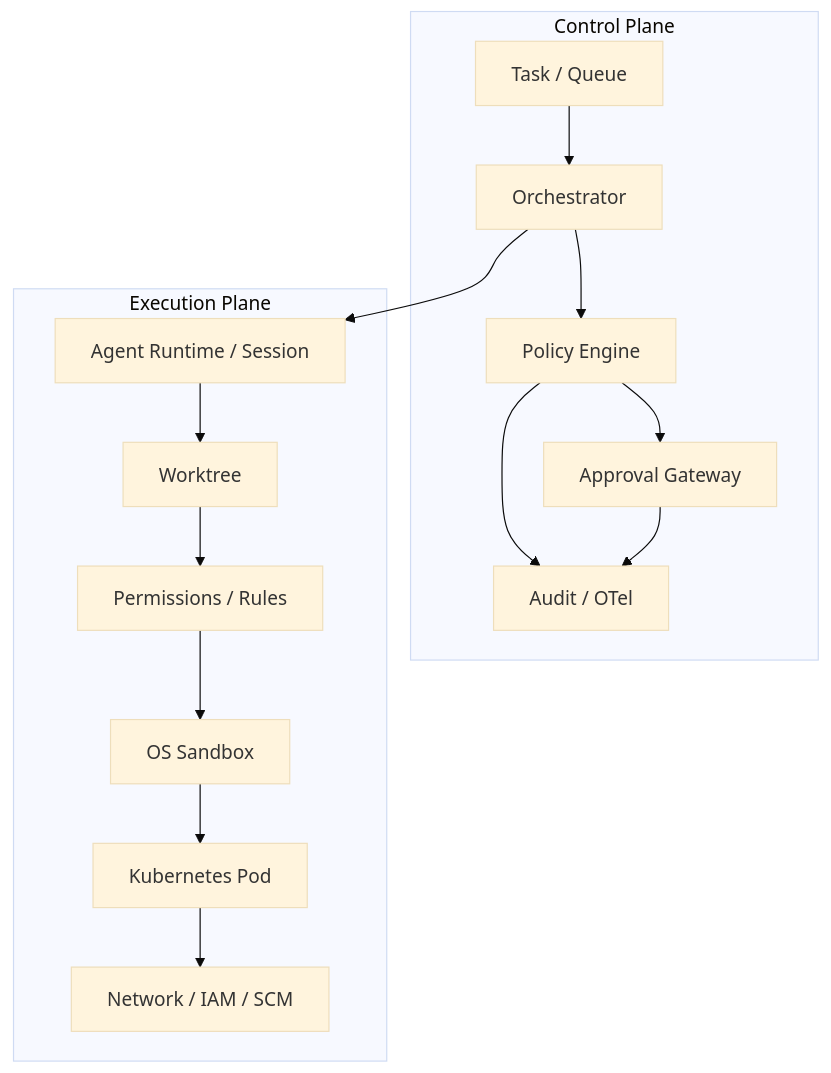
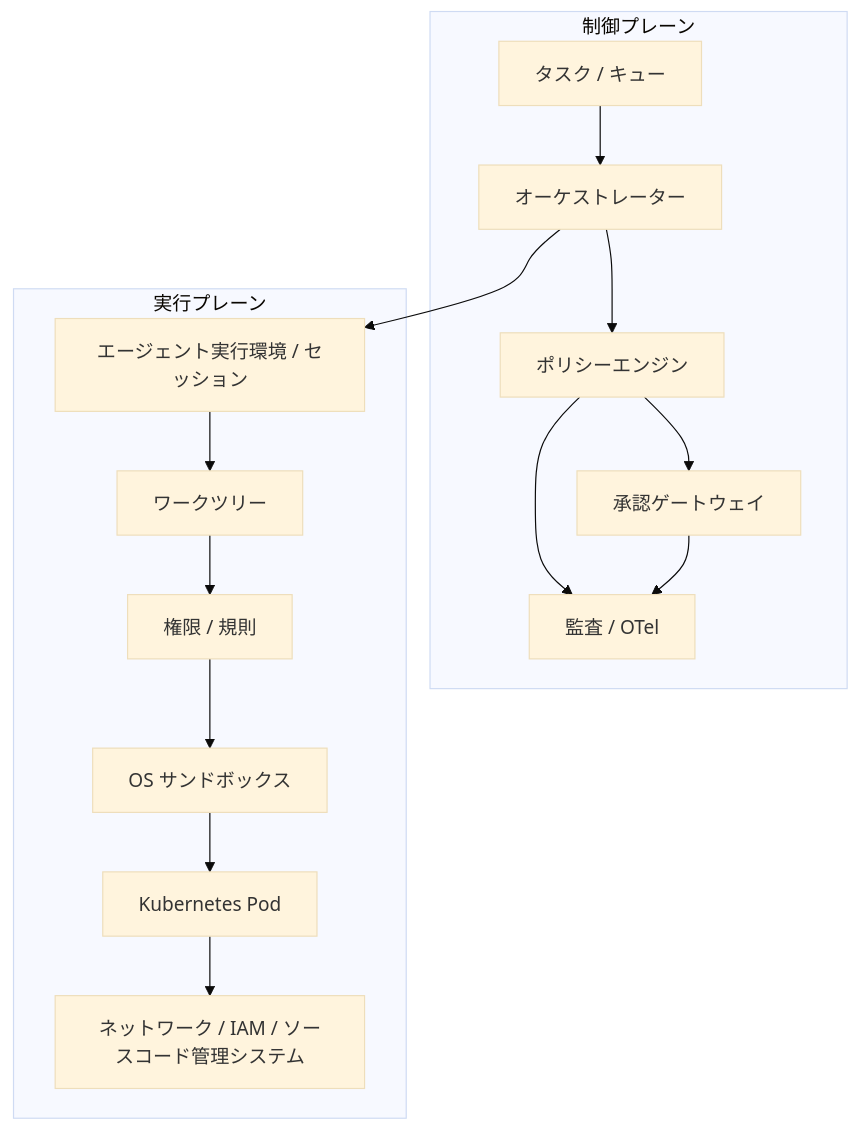
The first of 3 diagrams in docs/ja/01-architecture.md (tomo-chan/agent-harness), drawn with Mermaid (base theme) before and after one commit. The commit also changed other lines of this file and 10 other files, not shown here.

````diff
--- a/docs/ja/01-architecture.md
+++ b/docs/ja/01-architecture.md
@@ -13,20 +13,20 @@
 ```mermaid
 flowchart TB
-    subgraph CP[Control Plane]
-        T[Task / Queue] --> O[Orchestrator]
-        O --> P[Policy Engine]
-        P --> A[Approval Gateway]
-        P --> OT[Audit / OTel]
+    subgraph CP[制御プレーン]
+        T[タスク / キュー] --> O[オーケストレーター]
+        O --> P[ポリシーエンジン]
+        P --> A[承認ゲートウェイ]
+        P --> OT[監査 / OTel]
         A --> OT
     end
 
-    subgraph EP[Execution Plane]
-        R[Agent Runtime / Session] --> W[Worktree]
-        W --> PR[Permissions / Rules]
-        PR --> S[OS Sandbox]
+    subgraph EP[実行プレーン]
+        R[エージェント実行環境 / セッション] --> W[ワークツリー]
+        W --> PR[権限 / 規則]
+        PR --> S[OS サンドボックス]
         S --> K[Kubernetes Pod]
-        K --> N[Network / IAM / SCM]
+        K --> N[ネットワーク / IAM / ソースコード管理システム]
     end
 
     O --> R
 ```
````
